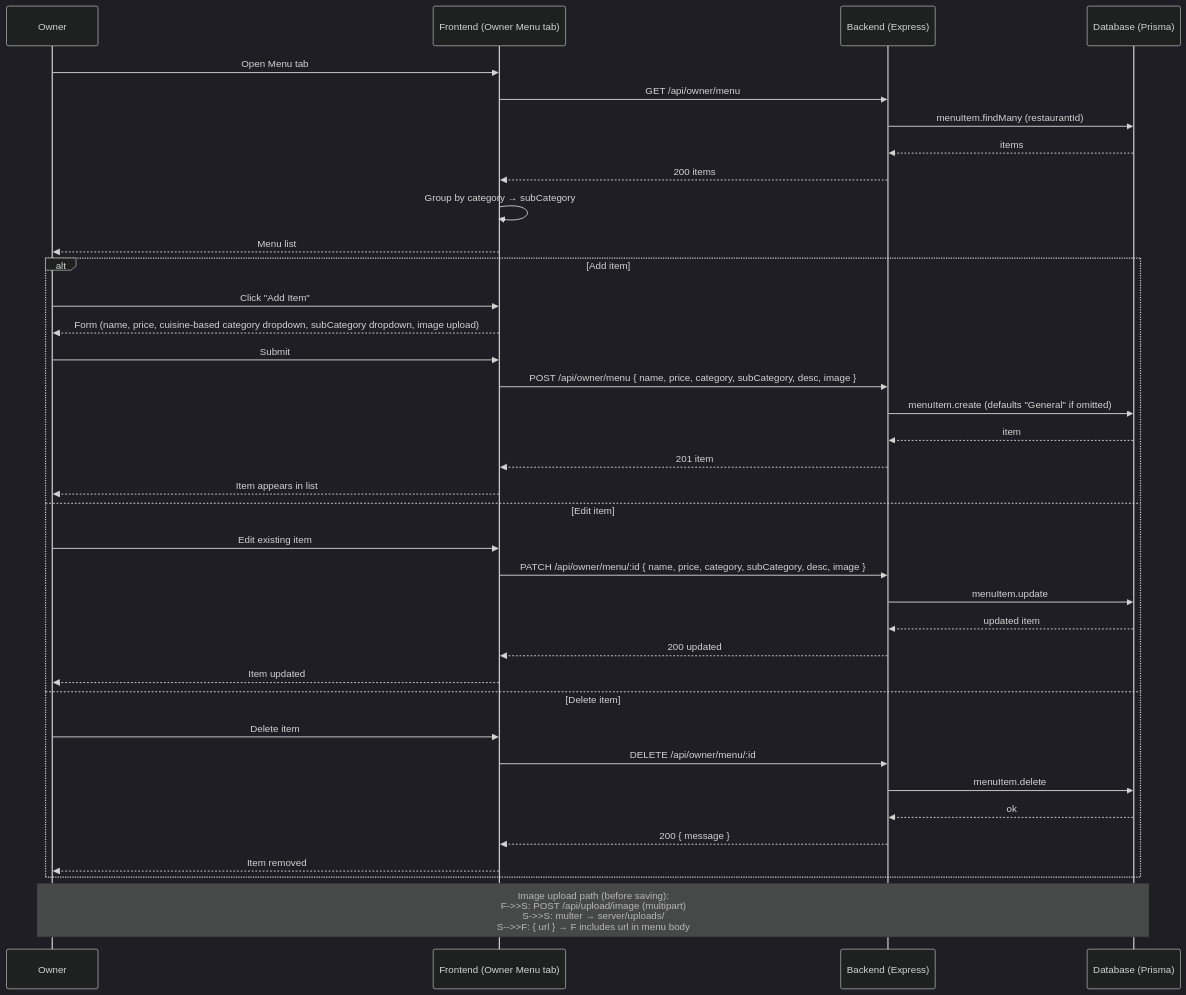
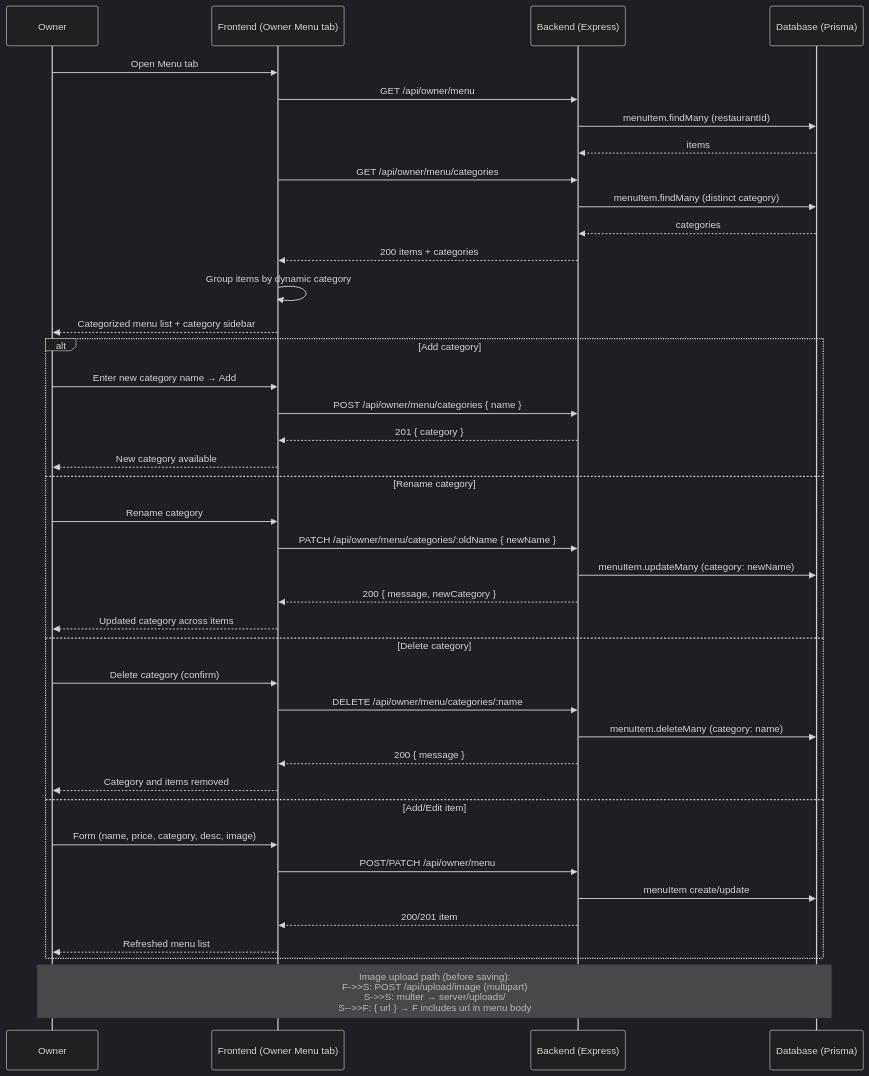
One commit to Saugatojha/food-delivery-frontend changed the eighth of 11 diagrams in SEQUENCE_DIAGRAMS.md. Above: the diagram before and after it, drawn with Mermaid (dark theme). The commit also changed other lines of this file and 7 other files, not shown here.

````diff
--- a/SEQUENCE_DIAGRAMS.md
+++ b/SEQUENCE_DIAGRAMS.md
@@ -276,42 +276,45 @@
 ```mermaid
 sequenceDiagram
     participant O as Owner
     participant F as Frontend (Owner Menu tab)
     participant S as Backend (Express)
     participant D as Database (Prisma)
 
     O->>F: Open Menu tab
     F->>S: GET /api/owner/menu
     S->>D: menuItem.findMany (restaurantId)
     D-->>S: items
-    S-->>F: 200 items
-    F->>F: Group by category → subCategory
-    F-->>O: Menu list
+    F->>S: GET /api/owner/menu/categories
+    S->>D: menuItem.findMany (distinct category)
+    D-->>S: categories
+    S-->>F: 200 items + categories
+    F->>F: Group items by dynamic category
+    F-->>O: Categorized menu list + category sidebar
 
-    alt Add item
-        O->>F: Click "Add Item"
-        F-->>O: Form (name, price, cuisine-based category dropdown, subCategory dropdown, image upload)
-        O->>F: Submit
-        F->>S: POST /api/owner/menu { name, price, category, subCategory, desc, image }
-        S->>D: menuItem.create (defaults "General" if omitted)
-        D-->>S: item
-        S-->>F: 201 item
-        F-->>O: Item appears in list
-    else Edit item
-        O->>F: Edit existing item
-        F->>S: PATCH /api/owner/menu/:id { name, price, category, subCategory, desc, image }
-        S->>D: menuItem.update
-        D-->>S: updated item
-        S-->>F: 200 updated
-        F-->>O: Item updated
-    else Delete item
-        O->>F: Delete item
-        F->>S: DELETE /api/owner/menu/:id
-        S->>D: menuItem.delete
-        D-->>S: ok
+    alt Add category
+        O->>F: Enter new category name → Add
+        F->>S: POST /api/owner/menu/categories { name }
+        S-->>F: 201 { category }
+        F-->>O: New category available
+    else Rename category
+        O->>F: Rename category
+        F->>S: PATCH /api/owner/menu/categories/:oldName { newName }
+        S->>D: menuItem.updateMany (category: newName)
+        S-->>F: 200 { message, newCategory }
+        F-->>O: Updated category across items
+    else Delete category
+        O->>F: Delete category (confirm)
+        F->>S: DELETE /api/owner/menu/categories/:name
+        S->>D: menuItem.deleteMany (category: name)
         S-->>F: 200 { message }
-        F-->>O: Item removed
+        F-->>O: Category and items removed
+    else Add/Edit item
+        O->>F: Form (name, price, category, desc, image)
+        F->>S: POST/PATCH /api/owner/menu
+        S->>D: menuItem create/update
+        S-->>F: 200/201 item
+        F-->>O: Refreshed menu list
     end
 
     Note over O,D: Image upload path (before saving):<br/>F->>S: POST /api/upload/image (multipart)<br/>S->>S: multer → server/uploads/<br/>S-->>F: { url } → F includes url in menu body
 ```
````
